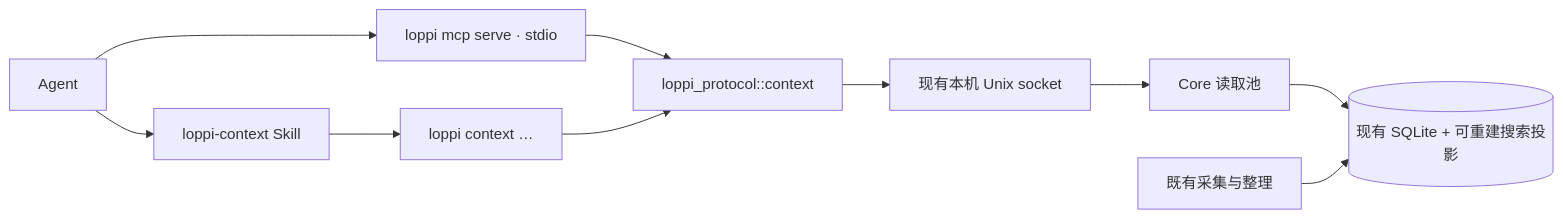
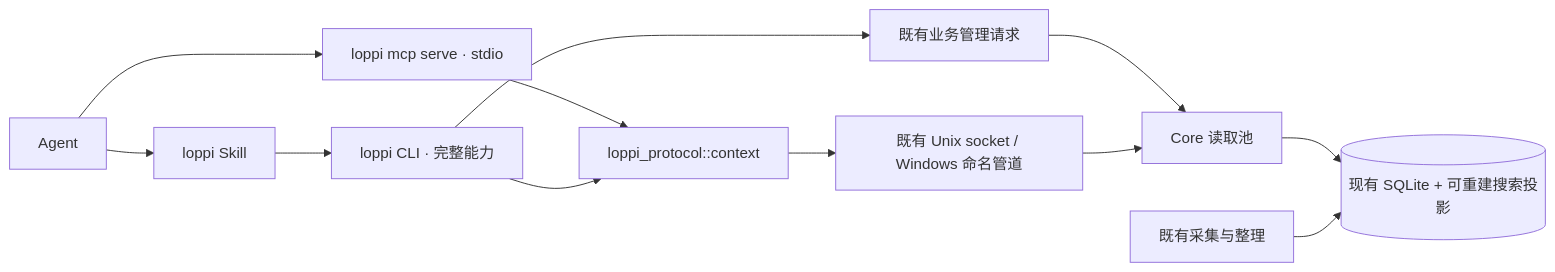
The diagram in specs/tech_docs/agent-context.md (hAcKlyc/loppi), drawn with Mermaid before and after one commit. The commit also changed other lines of this file and 17 other files, not shown here.

First line of the commit message:
feat: let agents discover and refresh loppi skills through the CLI

````diff
--- a/specs/tech_docs/agent-context.md
+++ b/specs/tech_docs/agent-context.md
@@ -7,12 +7,14 @@
 ```mermaid
 flowchart LR
   Agent --> MCP[loppi mcp serve · stdio]
-  Agent --> Skill[loppi-context Skill]
-  Skill --> CLI[loppi context …]
+  Agent --> Skill[loppi Skill]
+  Skill --> CLI[loppi CLI · 完整能力]
+  CLI --> Management[既有业务管理请求]
+  Management --> Core
   MCP --> Contract[loppi_protocol::context]
   CLI --> Contract
-  Contract --> IPC[现有本机 Unix socket]
+  Contract --> IPC[既有 Unix socket / Windows 命名管道]
   IPC --> Core[Core 读取池]
   Core --> Data[(现有 SQLite + 可重建搜索投影)]
   Capture[既有采集与整理] --> Data
 ```
````
